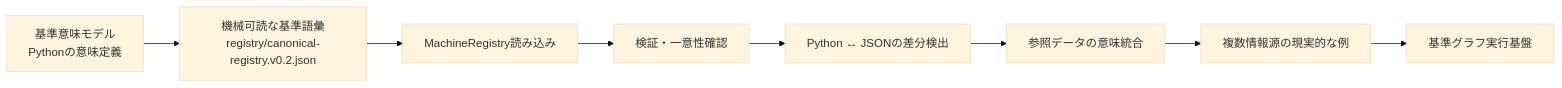
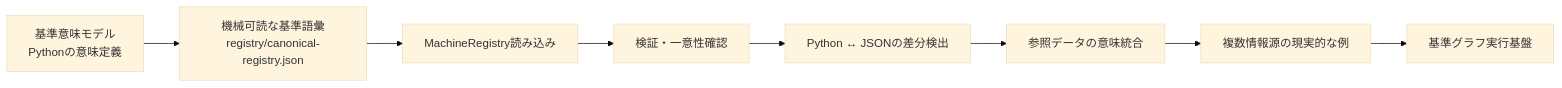
The third of 6 diagrams in README.ja.md (miumigy/scm-ontology), drawn with Mermaid (base theme) before and after one commit. The commit also changed other lines of this file and 1 other file, not shown here.

````diff
--- a/README.ja.md
+++ b/README.ja.md
@@ -202,10 +202,10 @@
 ```mermaid
 flowchart LR
-    MODEL[基準意味モデル\nPythonの意味定義] --> REG[機械可読な基準語彙\nregistry/canonical-registry.v0.2.json]
+    MODEL[基準意味モデル\nPythonの意味定義] --> REG[機械可読な基準語彙\nregistry/canonical-registry.json]
     REG --> LOAD[MachineRegistry読み込み]
     LOAD --> VALIDATE[検証・一意性確認]
     VALIDATE --> DRIFT[Python ↔ JSONの差分検出]
     DRIFT --> MAP[参照データの意味統合]
     MAP --> FIX[複数情報源の現実的な例]
     FIX --> GRAPH[基準グラフ実行基盤]
 ```
````
